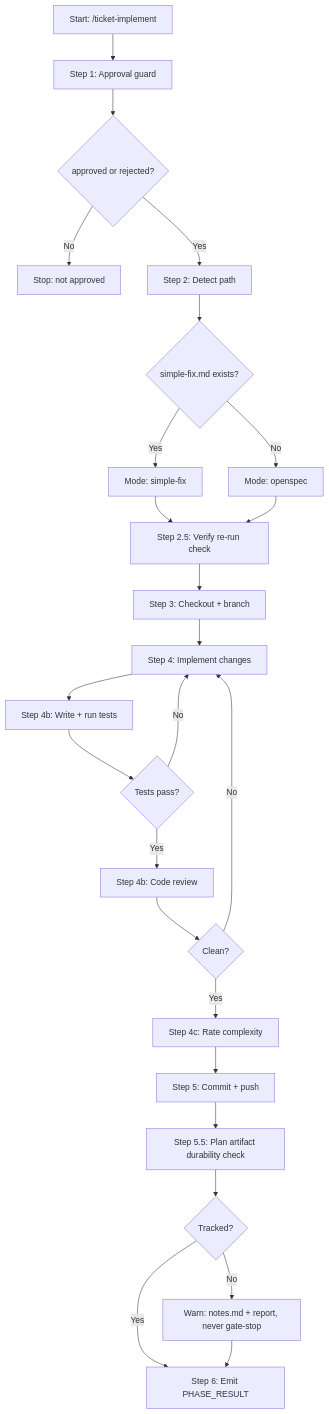
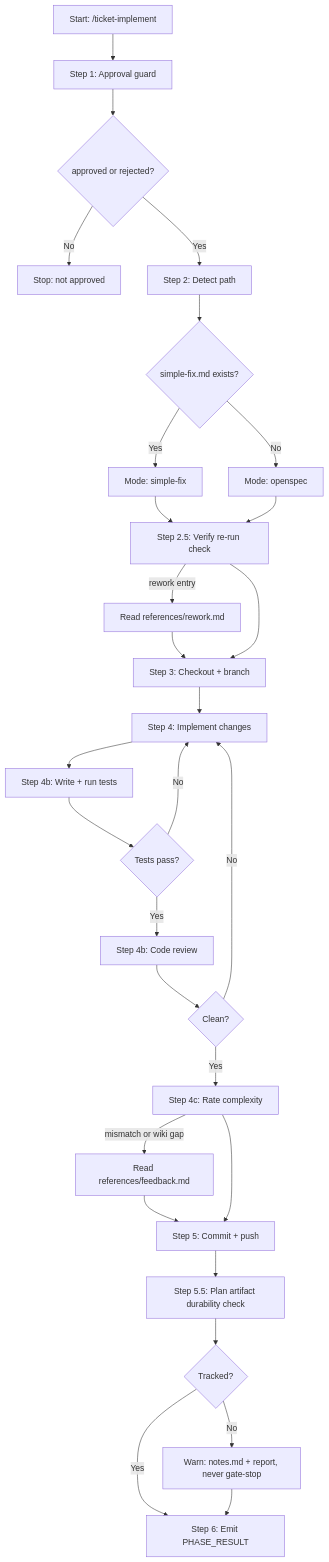
One commit to rogueprocess13/claude-plugins changed the diagram in ticket-auto-pipeline/docs/skills/ticket-implement.md. Above: the diagram before and after it, drawn with Mermaid. The commit also changed other lines of this file and 12 other files, not shown here.

Commit message:
refactor(ticket-auto-pipeline): move implement rework and feedback text to references (skill-progressive-disclosure 5)

````diff
--- a/ticket-auto-pipeline/docs/skills/ticket-implement.md
+++ b/ticket-auto-pipeline/docs/skills/ticket-implement.md
@@ -46,27 +48,31 @@
 ```mermaid
 flowchart TD
     A[Start: /ticket-implement] --> B[Step 1: Approval guard]
     B --> C{approved or rejected?}
     C -->|No| STOP1[Stop: not approved]
     C -->|Yes| D[Step 2: Detect path]
     D --> E{simple-fix.md exists?}
     E -->|Yes| F[Mode: simple-fix]
     E -->|No| G[Mode: openspec]
     F --> H[Step 2.5: Verify re-run check]
     G --> H
+    H -->|rework entry| RW[Read references/rework.md]
+    RW --> I
     H --> I[Step 3: Checkout + branch]
     I --> J[Step 4: Implement changes]
     J --> K[Step 4b: Write + run tests]
     K --> L{Tests pass?}
     L -->|No| J
     L -->|Yes| M[Step 4b: Code review]
     M --> N{Clean?}
     N -->|No| J
     N -->|Yes| O[Step 4c: Rate complexity]
+    O -->|mismatch or wiki gap| FB[Read references/feedback.md]
+    FB --> P
     O --> P[Step 5: Commit + push]
     P --> Q[Step 5.5: Plan artifact durability check]
     Q --> R{Tracked?}
     R -->|No| S[Warn: notes.md + report, never gate-stop]
     R -->|Yes| T[Step 6: Emit PHASE_RESULT]
     S --> T
 ```
````
